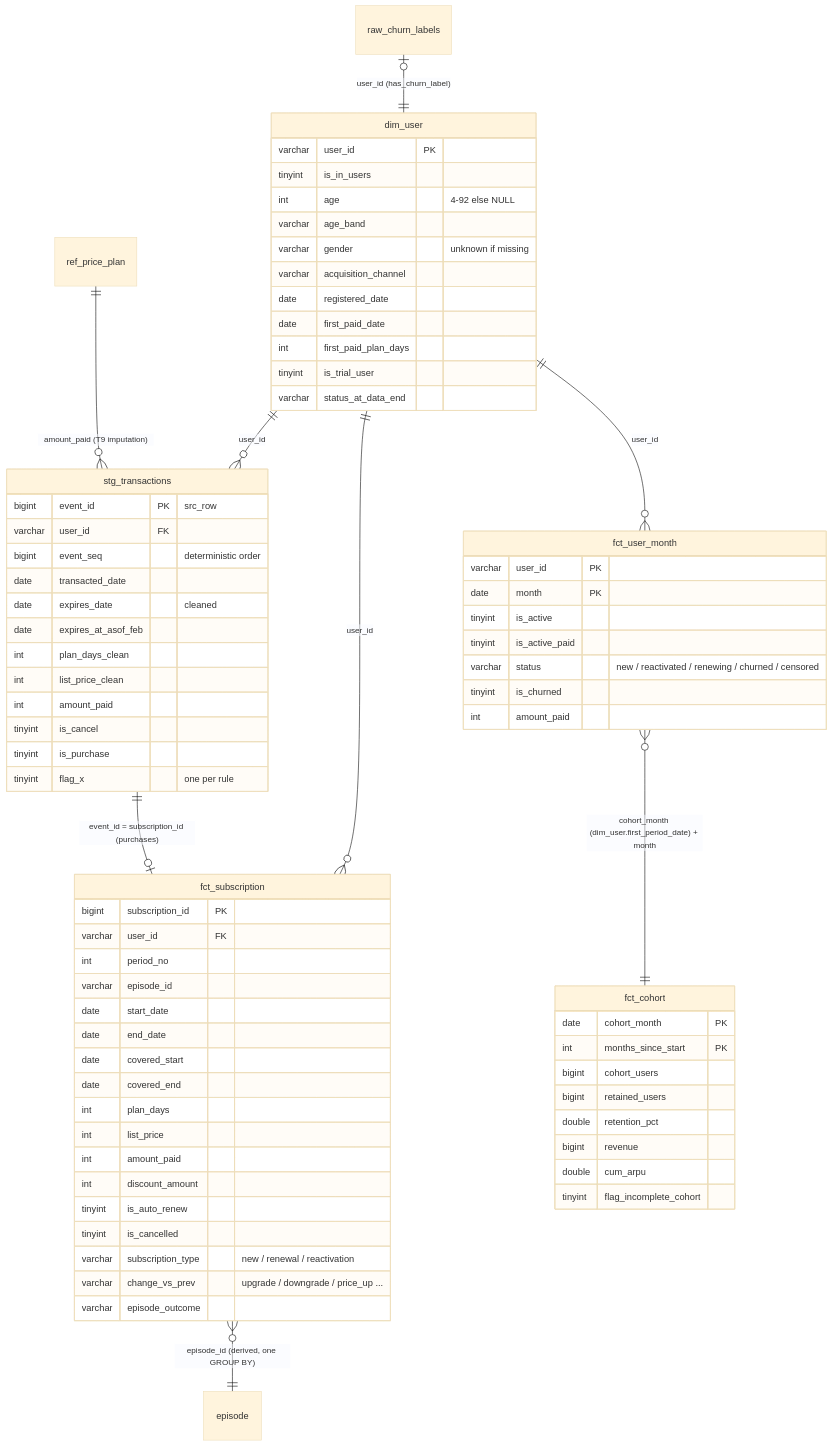
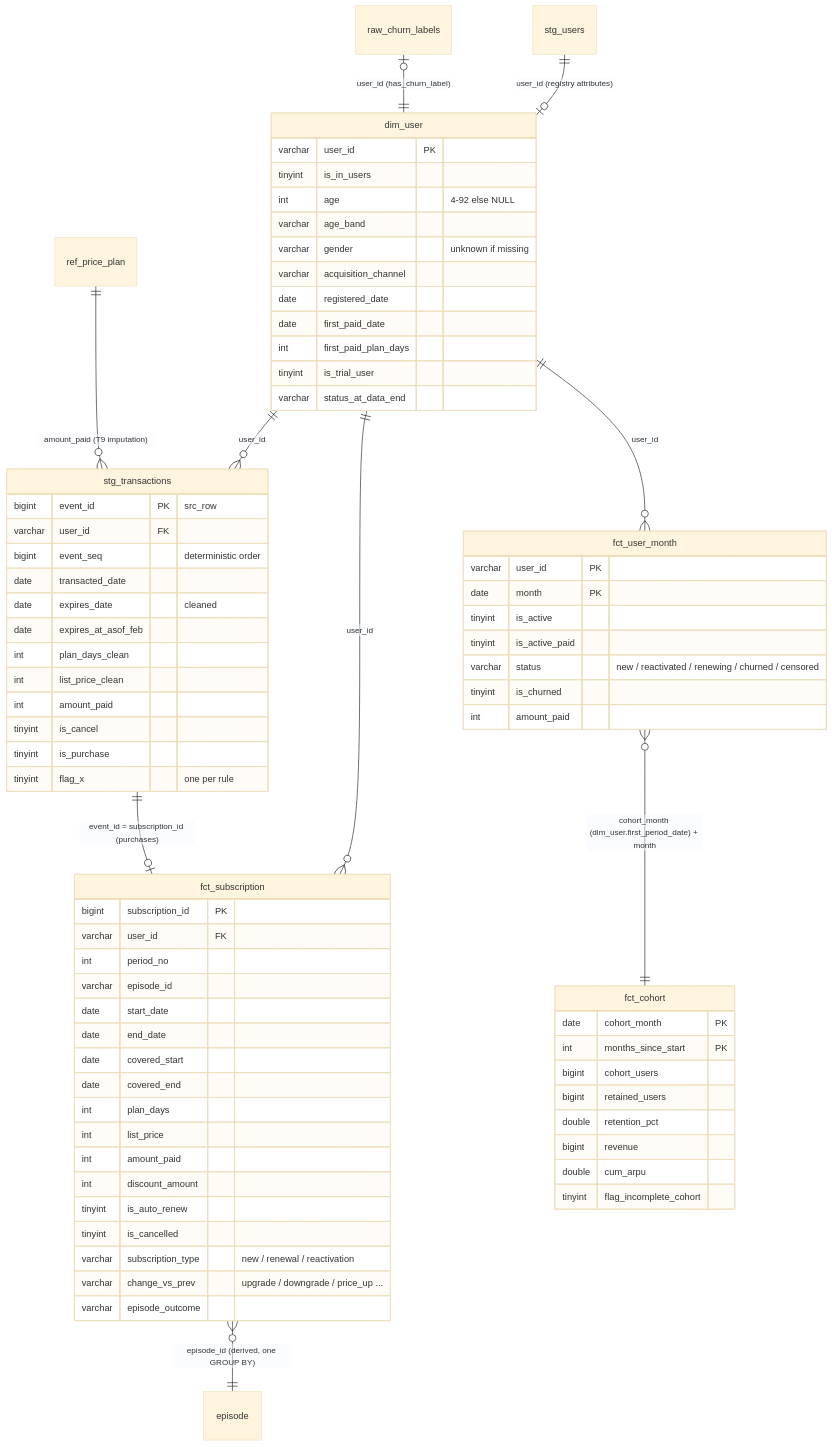
The diagram in reports/02_data_model.md (MiushkaEnaviMia/tune-analysis), drawn with Mermaid (base theme) before and after one commit. The commit also changed other lines of this file and 36 other files, not shown here.

Commit message:
Data model map, stg_users, 1a legend, AI log

````diff
--- a/reports/02_data_model.md
+++ b/reports/02_data_model.md
@@ -18,77 +34,78 @@
 ```mermaid
 erDiagram
     dim_user ||--o{ stg_transactions : "user_id"
     dim_user ||--o{ fct_subscription : "user_id"
     dim_user ||--o{ fct_user_month : "user_id"
     fct_user_month }o--|| fct_cohort : "cohort_month (dim_user.first_period_date) + month"
     stg_transactions ||--o| fct_subscription : "event_id = subscription_id (purchases)"
     fct_subscription }o--|| episode : "episode_id (derived, one GROUP BY)"
     ref_price_plan ||--o{ stg_transactions : "amount_paid (T9 imputation)"
+    stg_users ||--o| dim_user : "user_id (registry attributes)"
     raw_churn_labels |o--|| dim_user : "user_id (has_churn_label)"
 
     dim_user {
         varchar user_id PK
         tinyint is_in_users
         int age "4-92 else NULL"
         varchar age_band
         varchar gender "unknown if missing"
         varchar acquisition_channel
         date registered_date
         date first_paid_date
         int first_paid_plan_days
         tinyint is_trial_user
         varchar status_at_data_end
     }
     stg_transactions {
         bigint event_id PK "src_row"
         varchar user_id FK
         bigint event_seq "deterministic order"
         date transacted_date
         date expires_date "cleaned"
         date expires_at_asof_feb
         int plan_days_clean
         int list_price_clean
         int amount_paid
         tinyint is_cancel
         tinyint is_purchase
         tinyint flag_x "one per rule"
     }
     fct_subscription {
         bigint subscription_id PK
         varchar user_id FK
         int period_no
         varchar episode_id
         date start_date
         date end_date
         date covered_start
         date covered_end
         int plan_days
         int list_price
         int amount_paid
         int discount_amount
         tinyint is_auto_renew
         tinyint is_cancelled
         varchar subscription_type "new / renewal / reactivation"
         varchar change_vs_prev "upgrade / downgrade / price_up ..."
         varchar episode_outcome
     }
     fct_user_month {
         varchar user_id PK
         date month PK
         tinyint is_active
         tinyint is_active_paid
         varchar status "new / reactivated / renewing / churned / censored"
         tinyint is_churned
         int amount_paid
     }
     fct_cohort {
         date cohort_month PK
         int months_since_start PK
         bigint cohort_users
         bigint retained_users
         double retention_pct
         bigint revenue
         double cum_arpu
         tinyint flag_incomplete_cohort
     }
 ```
````
